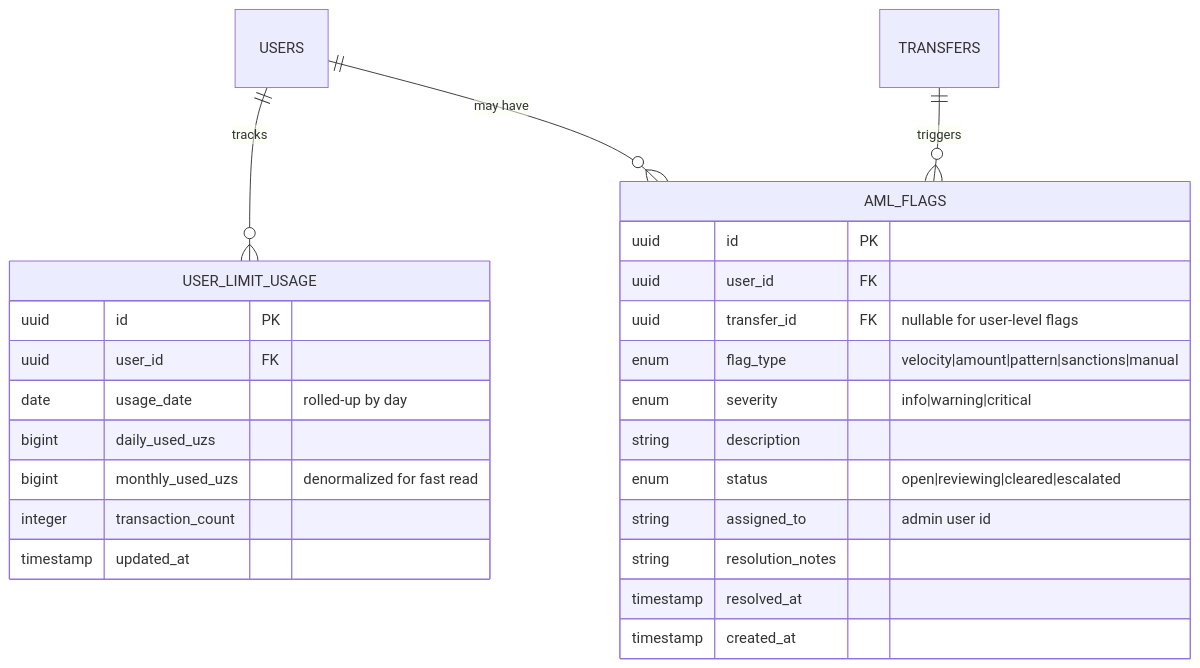
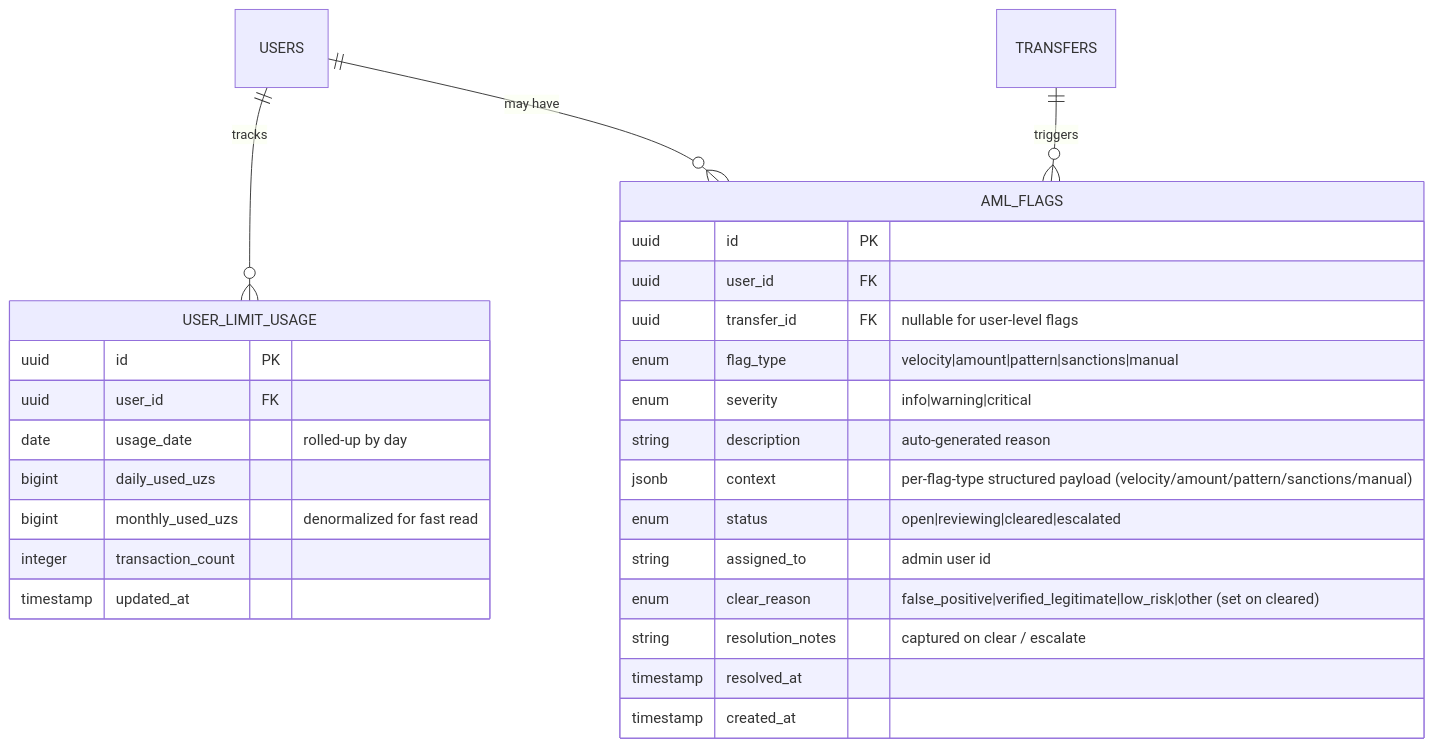
Before and after one commit to SardorAllaberganov/zhi-pay: the eighth of 12 diagrams in docs/models.md, drawn with Mermaid.

Commit message:
docs(models): add aml_flags.context + clear_reason
§5.1 schema additions surfaced by the AML triage build:

- context (jsonb) — per-flag-type structured payload (velocity / amount /
  pattern / sanctions / manual). Today the canonical schema only carries
  description (string); structured context is what the AML triage detail
  page renders type-decorated cards from.
- clear_reason (enum: false_positive | verified_legitimate | low_risk |
  other) — populated when status=cleared. Captured via the AML triage
  ClearDialog reason-code select.

Annotated description ("auto-generated reason") and resolution_notes
("captured on clear / escalate") so their semantics are explicit.

````diff
--- a/docs/models.md
+++ b/docs/models.md
@@ -386,28 +386,30 @@
 ```mermaid
 erDiagram
   USER_LIMIT_USAGE {
     uuid id PK
     uuid user_id FK
     date usage_date "rolled-up by day"
     bigint daily_used_uzs
     bigint monthly_used_uzs "denormalized for fast read"
     integer transaction_count
     timestamp updated_at
   }
   AML_FLAGS {
     uuid id PK
     uuid user_id FK
     uuid transfer_id FK "nullable for user-level flags"
     enum flag_type "velocity|amount|pattern|sanctions|manual"
     enum severity "info|warning|critical"
-    string description
+    string description "auto-generated reason"
+    jsonb context "per-flag-type structured payload (velocity/amount/pattern/sanctions/manual)"
     enum status "open|reviewing|cleared|escalated"
     string assigned_to "admin user id"
-    string resolution_notes
+    enum clear_reason "false_positive|verified_legitimate|low_risk|other (set on cleared)"
+    string resolution_notes "captured on clear / escalate"
     timestamp resolved_at
     timestamp created_at
   }
   USERS ||--o{ USER_LIMIT_USAGE : "tracks"
   USERS ||--o{ AML_FLAGS : "may have"
   TRANSFERS ||--o{ AML_FLAGS : "triggers"
 ```
````
